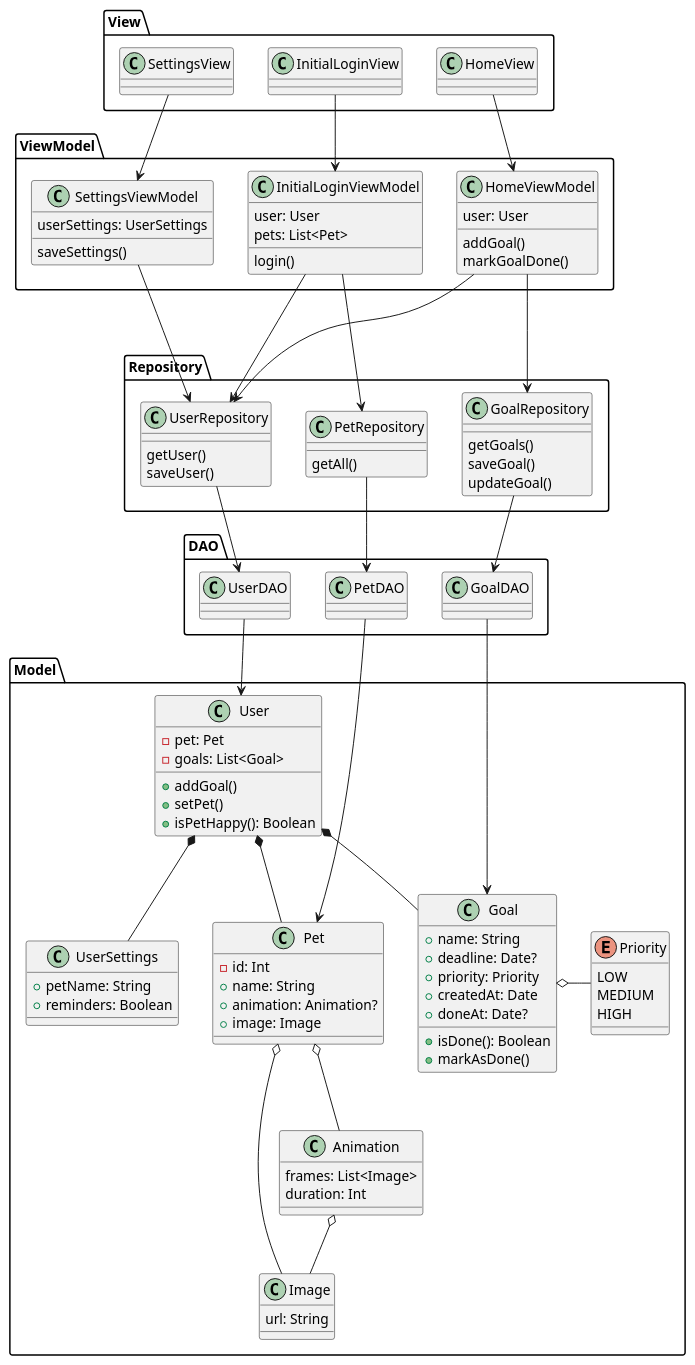
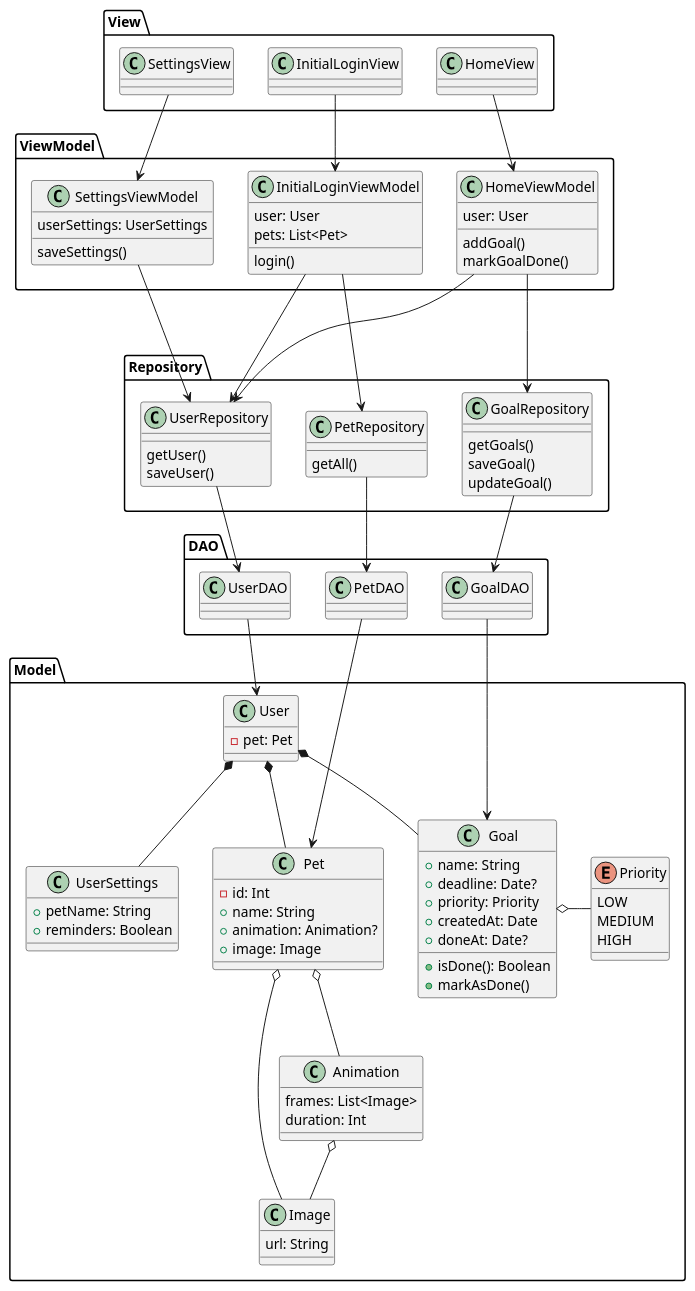
One commit to HabitHatch/HabitHatchApp changed the diagram in docs/class_diagram.puml. Above: the diagram before and after it, drawn with PlantUML. The commit also changed 15 other files, not shown here.

```diff
--- a/docs/class_diagram.puml
+++ b/docs/class_diagram.puml
@@ -1,128 +1,124 @@
 @startuml
 
 
 package Model{
 
     class Image{
         url: String
     }
 
     class Animation{
         frames: List<Image>
         duration: Int
     }
     class User {
         - pet: Pet
-        - goals: List<Goal>
-        + addGoal()
-        + setPet()
-        + isPetHappy(): Boolean
     }
     class UserSettings{
         + petName: String
         + reminders: Boolean
     }
 
     class Pet {
         - id: Int
         + name: String
         + animation: Animation?
         + image: Image
     }
     enum Priority {
         LOW
         MEDIUM
         HIGH
     }
 
     class Goal {
         + name: String
         + deadline: Date?
         + priority: Priority
         + createdAt: Date
         + doneAt: Date?
         + isDone(): Boolean
         + markAsDone()
     }
     Goal o- Priority
     User *-- Pet
     User *-- Goal
     User *-- UserSettings
     Pet o-- Image
     Pet o-- Animation
     Animation o-- Image
 
 }
 
 package View{
     class InitialLoginView{
     }
 
     class HomeView {
     }
 
     class SettingsView{
     }
 }
 
 package ViewModel{
     class InitialLoginViewModel{
         login()
         user: User
         pets: List<Pet>
     }
     class HomeViewModel {
         addGoal()
         markGoalDone()
         user: User
     }
     class SettingsViewModel{
         userSettings: UserSettings
         saveSettings()
     }
 }
 
 package Repository{
     class UserRepository {
         getUser()
         saveUser()
     }
     class PetRepository{
         getAll()
     }
 
     class GoalRepository {
         getGoals()
         saveGoal()
         updateGoal()
     }
 }
 package DAO{
     class UserDAO
 
     class PetDAO
 
     class GoalDAO
 }
 
 InitialLoginView -down-> InitialLoginViewModel
 HomeView -down-> HomeViewModel
 SettingsView -down-> SettingsViewModel
 
 InitialLoginViewModel -down--> UserRepository
 InitialLoginViewModel -down--> PetRepository
 
 HomeViewModel -down> GoalRepository
 HomeViewModel -down> UserRepository
 
 SettingsViewModel -down-> UserRepository
 
 
 PetRepository --down> PetDAO
 UserRepository --down> UserDAO
 GoalRepository --down> GoalDAO
 
 PetDAO -down-> Pet
 UserDAO -down-> User
 GoalDAO -down-> Goal
 @enduml
```
